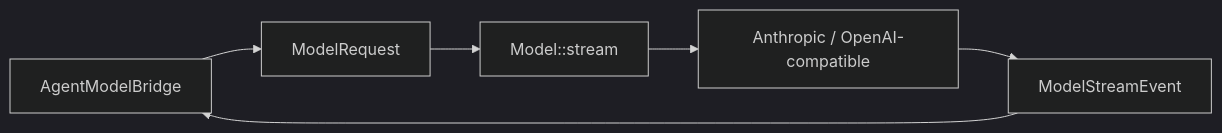
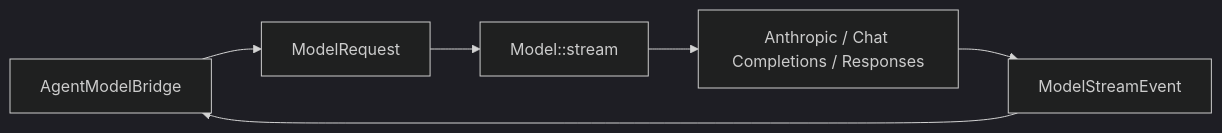
The diagram in docs/design/model-adapters.md (KonghaYao/peri), drawn with Mermaid (dark theme) before and after one commit. The commit also changed other lines of this file and 110 other files, not shown here.

First line of the commit message:
feat(model): add OpenAI Responses adapter and ChatGPT plan auth

````diff
--- a/docs/design/model-adapters.md
+++ b/docs/design/model-adapters.md
@@ -13,8 +13,8 @@
 ```mermaid
 flowchart LR
     AGENT[AgentModelBridge] --> REQ[ModelRequest]
     REQ --> MODEL[Model::stream]
-    MODEL --> PROVIDER[Anthropic / OpenAI-compatible]
+    MODEL --> PROVIDER[Anthropic / Chat Completions / Responses]
     PROVIDER --> STREAM[ModelStreamEvent]
     STREAM --> AGENT
 ```
````
